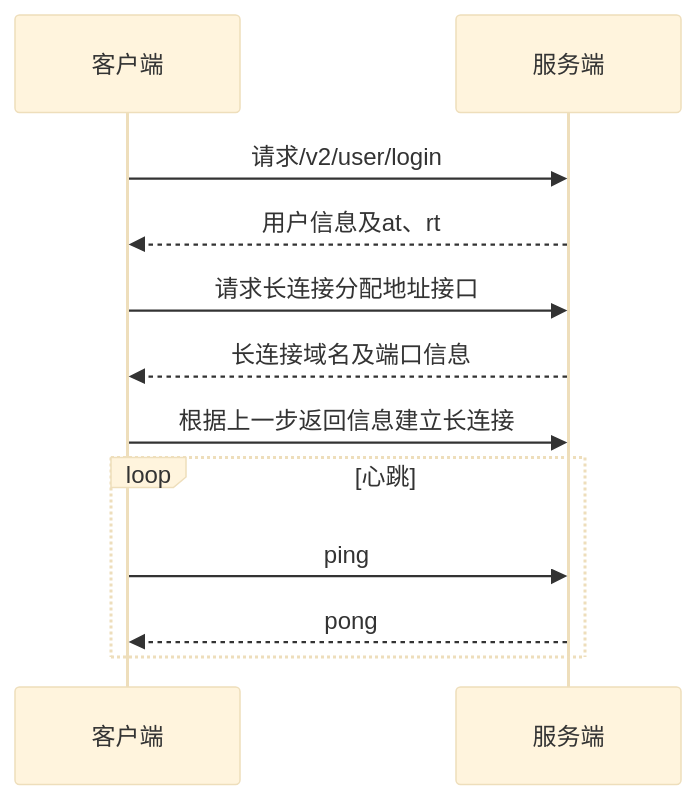
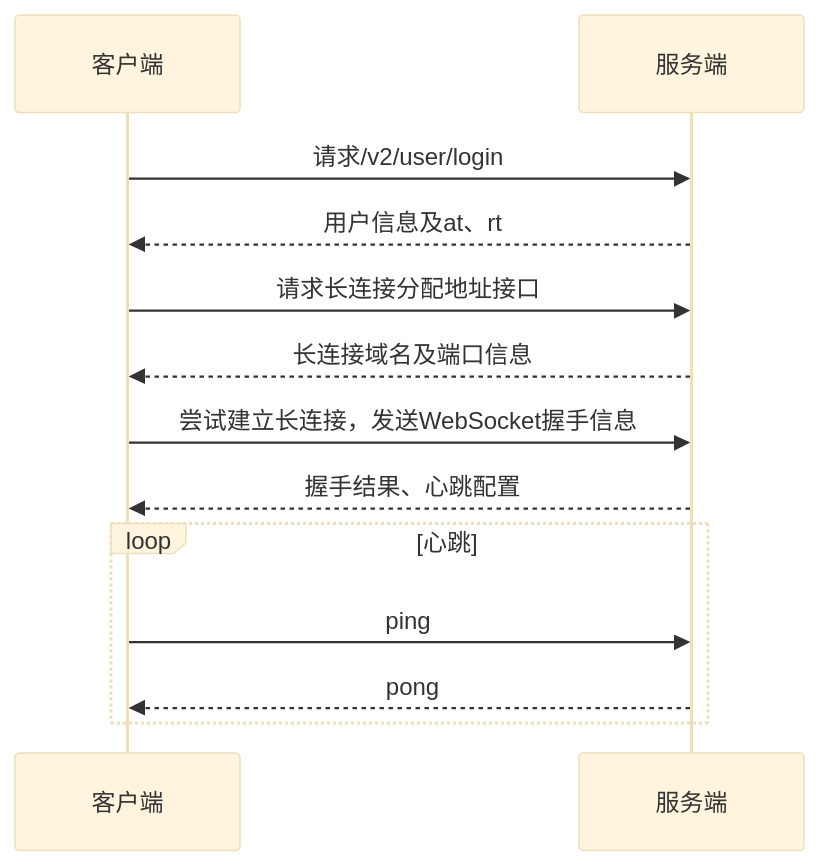
Before and after one commit to acsuperman/UIID4-: the first of 4 diagrams in 第二周文档/第二周文档.md, drawn with Mermaid (base theme). The commit also changed other lines of this file and 6 other files, not shown here.

````diff
--- a/第二周文档/第二周文档.md
+++ b/第二周文档/第二周文档.md
@@ -7,17 +7,18 @@
 ```mermaid
 	sequenceDiagram
 		participant C as 客户端
 		participant S as 服务端
 		C->>S:请求/v2/user/login
 		S-->>C:用户信息及at、rt
 		C->>S:请求长连接分配地址接口
 		S-->>C:长连接域名及端口信息
-		C->>S:根据上一步返回信息建立长连接
+		C->>S:尝试建立长连接，发送WebSocket握手信息
+		S-->>C:握手结果、心跳配置
 		loop 心跳
 			C->>S:ping
 			S-->>C:pong
 		end
 			
 
 
 ```
````
